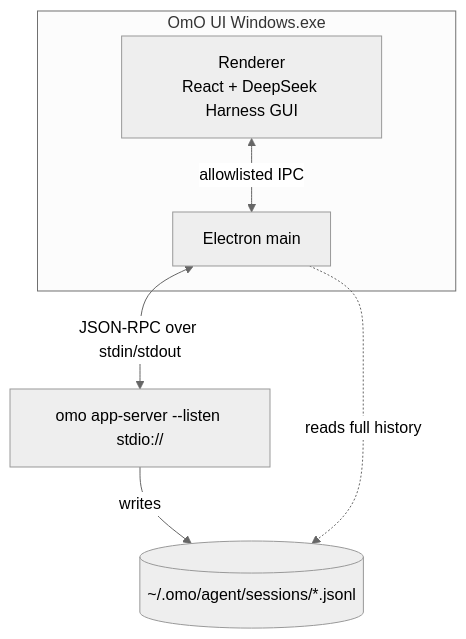
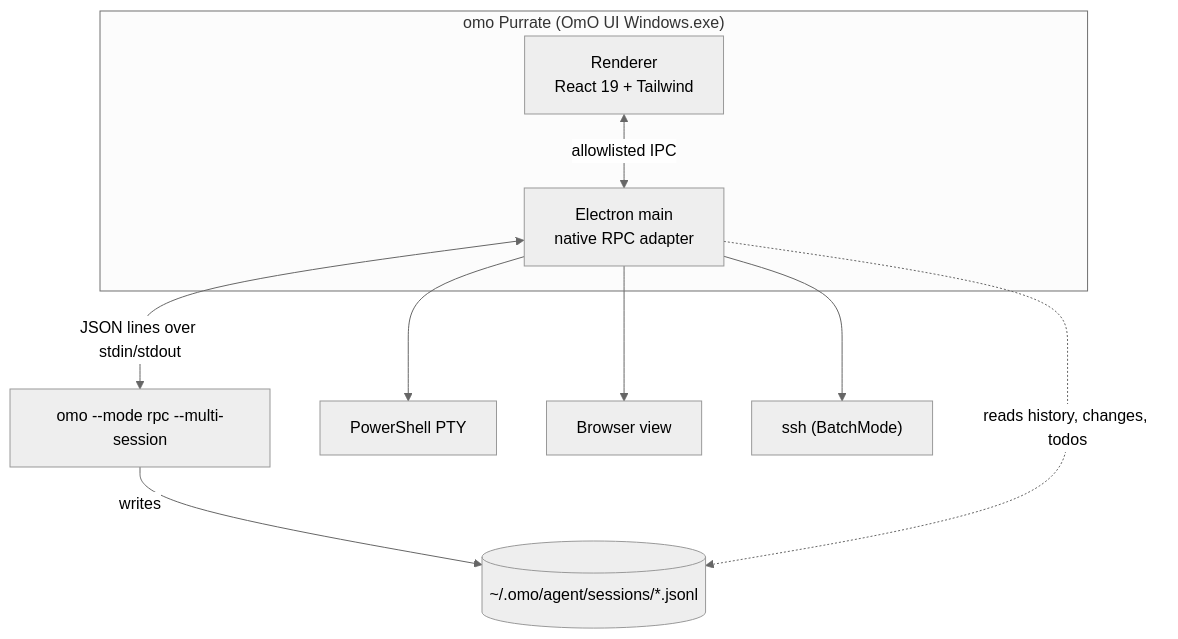
Before and after one commit to purrbeard/omo-purrate: the diagram in README.md, drawn with Mermaid (neutral theme). The commit also changed other lines of this file and 22 other files, not shown here.

First line of the commit message:
docs: rewrite README for omo Purrate with fresh captures and a promo video

````diff
--- a/README.md
+++ b/README.md
@@ -275,9 +231,12 @@
 ```mermaid
 flowchart TB
-  subgraph App["OmO UI Windows.exe"]
-    R["Renderer<br/>React + DeepSeek Harness GUI"] <-->|"allowlisted IPC"| M["Electron main"]
+  subgraph App["omo Purrate (OmO UI Windows.exe)"]
+    R["Renderer<br/>React 19 + Tailwind"] <-->|"allowlisted IPC"| M["Electron main<br/>native RPC adapter"]
   end
-  M <-->|"JSON-RPC over stdin/stdout"| S["omo app-server --listen stdio://"]
+  M <-->|"JSON lines over stdin/stdout"| S["omo --mode rpc --multi-session"]
   S -->|"writes"| F[("~/.omo/agent/sessions/*.jsonl")]
-  M -.->|"reads full history"| F
+  M -.->|"reads history, changes, todos"| F
+  M --> P["PowerShell PTY"]
+  M --> B["Browser view"]
+  M --> H["ssh (BatchMode)"]
 ```
````
